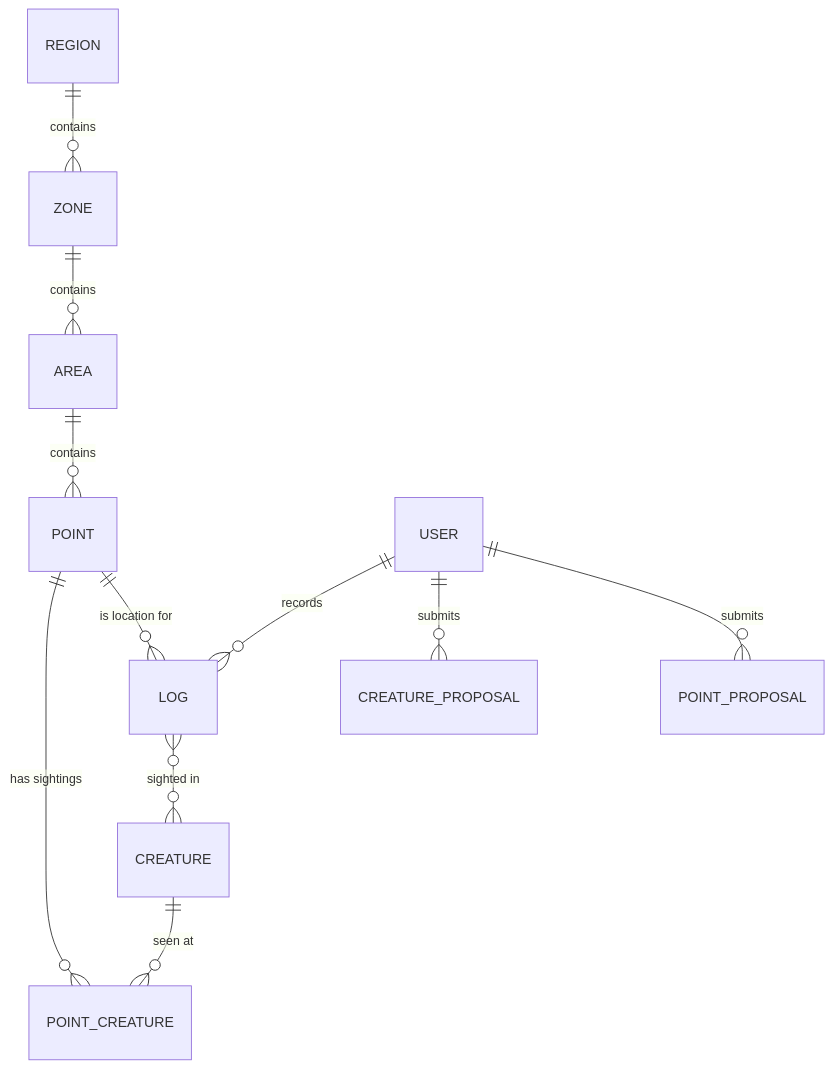
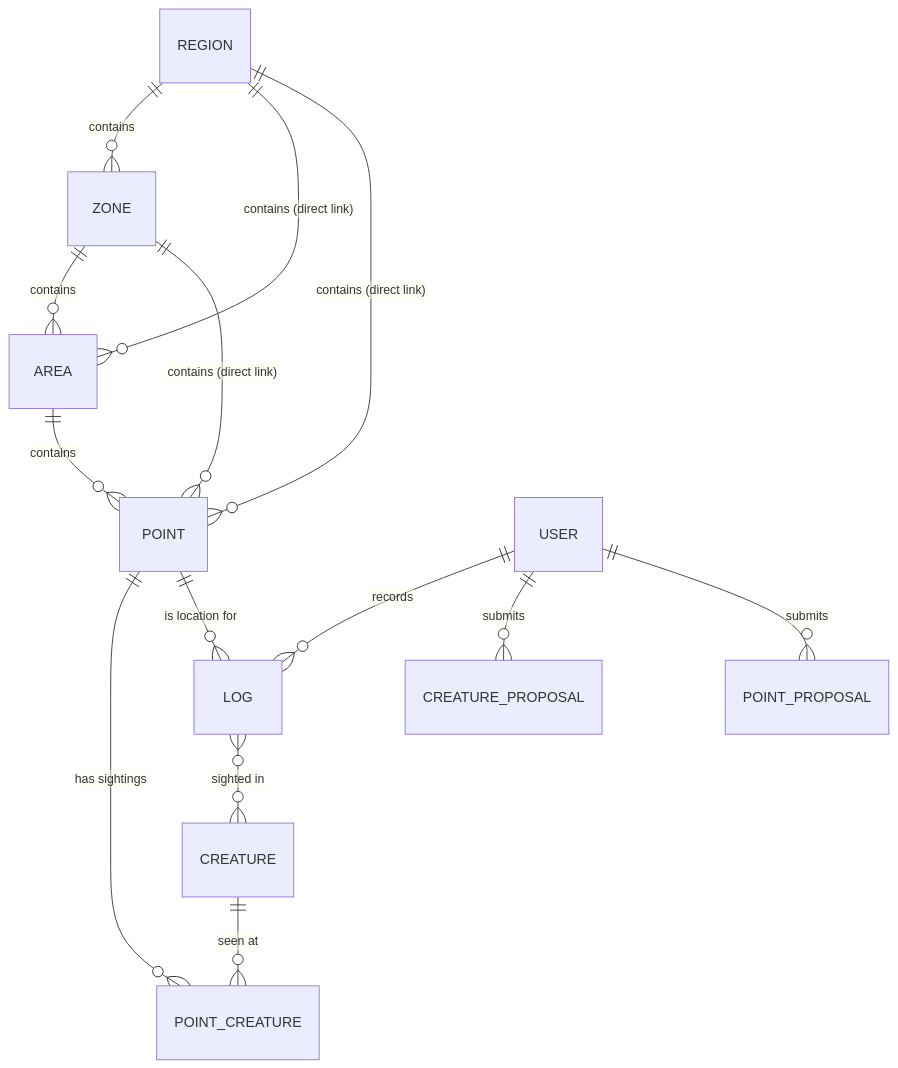
One commit to cloud-solutions-ttakeuchi/wedive changed the diagram in DATABASE_DESIGN.md. Above: the diagram before and after it, drawn with Mermaid. The commit also changed 1 other file, not shown here.

Commit message:
更新

````diff
--- a/DATABASE_DESIGN.md
+++ b/DATABASE_DESIGN.md
@@ -26,16 +26,19 @@
 ```mermaid
 erDiagram
     REGION ||--o{ ZONE : "contains"
+    REGION ||--o{ AREA : "contains (direct link)"
+    REGION ||--o{ POINT : "contains (direct link)"
     ZONE ||--o{ AREA : "contains"
+    ZONE ||--o{ POINT : "contains (direct link)"
     AREA ||--o{ POINT : "contains"
     
     POINT ||--o{ POINT_CREATURE : "has sightings"
     CREATURE ||--o{ POINT_CREATURE : "seen at"
     
     USER ||--o{ LOG : "records"
     POINT ||--o{ LOG : "is location for"
     LOG }o--o{ CREATURE : "sighted in"
     
     USER ||--o{ CREATURE_PROPOSAL : "submits"
     USER ||--o{ POINT_PROPOSAL : "submits"
 ```
````
